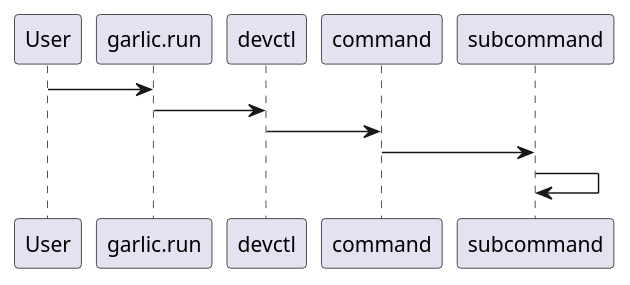
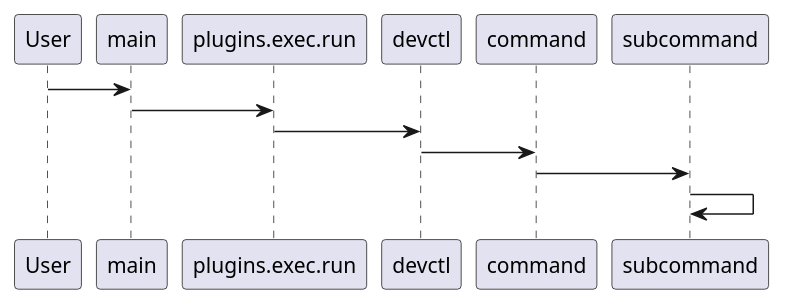
Before and after one commit to alex-held/devctl: the diagram in docs/plugins.md, drawn with PlantUML. The commit also changed 8 other files, not shown here.

````diff
--- a/docs/plugins.md
+++ b/docs/plugins.md
@@ -11,13 +11,14 @@
 ```puml
 @startuml
 
-"User"  -> garlic.run
-garlic.run -> devctl
+"User"  -> main
+main ->  plugins.exec.run
+plugins.exec.run -> devctl
 
 
 devctl -> command
 command -> subcommand
 subcommand -> subcommand
 
 @enduml
 ```
````
